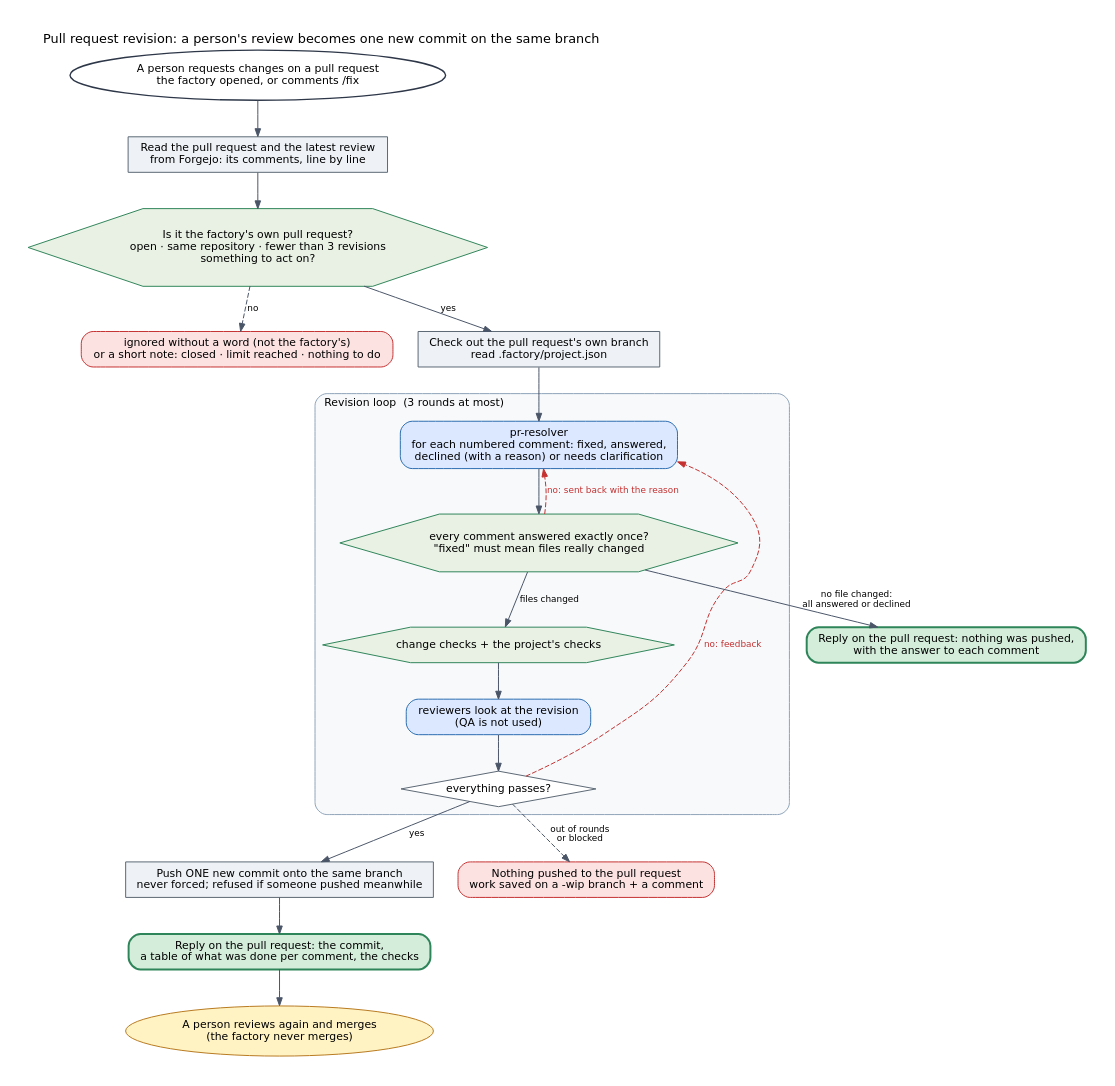
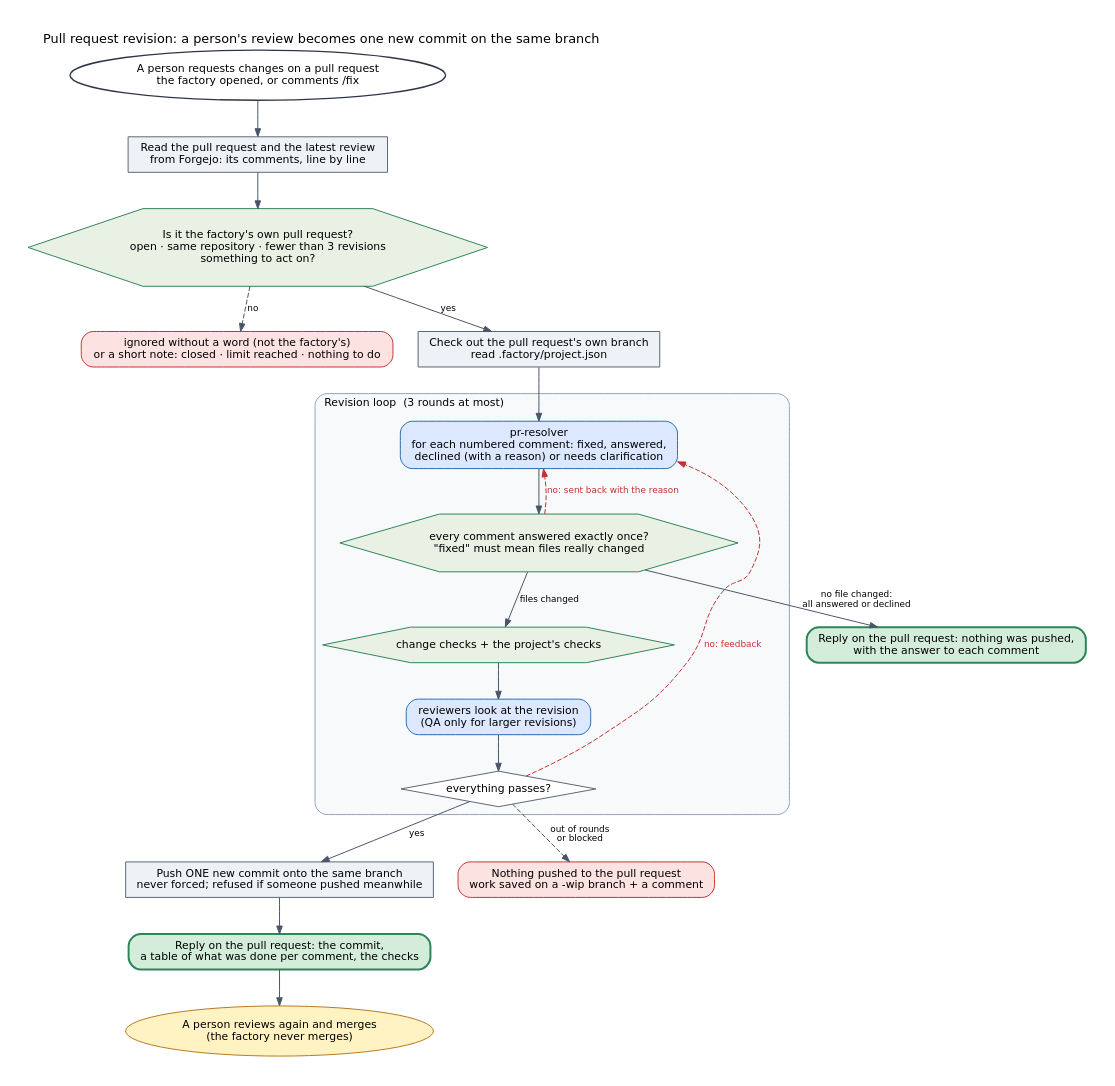
Before and after one commit to ai-sdlc-factory/ai-sdlc-factory: the diagram in docs/diagrams/pr-revision.dot, drawn with Graphviz. The commit also changed 22 other files, not shown here.

Commit message:
Improve pull request revisions: all waiting reviews, code context, queued follow-ups, rebase once, thread replies, re-requested reviews, QA on larger revisions

```diff
--- a/docs/diagrams/pr-revision.dot
+++ b/docs/diagrams/pr-revision.dot
@@ -1,39 +1,39 @@
 digraph pr_revision {
   graph [rankdir=TB, fontname="DejaVu Sans", fontsize=13, bgcolor=white, pad=0.3, nodesep=0.35, ranksep=0.5, labelloc=t, labeljust=l, compound=true];
   node  [fontname="DejaVu Sans", fontsize=11, shape=box, style="rounded,filled", margin="0.15,0.08", fillcolor="#eef2f6", color="#5b6773"];
   edge  [fontname="DejaVu Sans", fontsize=9, color="#4a5568", arrowsize=0.8];
   label="Pull request revision: a person's review becomes one new commit on the same branch";
 
   start  [label="A person requests changes on a pull request\nthe factory opened, or comments /fix", shape=oval, style="filled", fillcolor="#ffffff", color="#2d3748", penwidth=1.4];
   read   [label="Read the pull request and the latest review\nfrom Forgejo: its comments, line by line", shape=box, style="filled", fillcolor="#eef2f6", color="#5b6773"];
   rules  [label="Is it the factory's own pull request?\nopen · same repository · fewer than 3 revisions\nsomething to act on?", shape=hexagon, style="filled", fillcolor="#e8f1e4", color="#2f855a"];
   refuse [label="ignored without a word (not the factory's)\nor a short note: closed · limit reached · nothing to do", shape=box, style="rounded,filled", fillcolor="#fde2e2", color="#c53030"];
   intake [label="Check out the pull request's own branch\nread .factory/project.json", shape=box, style="filled", fillcolor="#eef2f6", color="#5b6773"];
 
   subgraph cluster_loop {
     label="Revision loop  (3 rounds at most)"; style="rounded,filled"; color="#8fa3b8"; fillcolor="#f7f9fb"; fontsize=11;
     resolver [label="pr-resolver\nfor each numbered comment: fixed, answered,\ndeclined (with a reason) or needs clarification", shape=box, style="rounded,filled", fillcolor="#dbe8ff", color="#2b6cb0"];
     answers  [label="every comment answered exactly once?\n\"fixed\" must mean files really changed", shape=hexagon, style="filled", fillcolor="#e8f1e4", color="#2f855a"];
     checks   [label="change checks + the project's checks", shape=hexagon, style="filled", fillcolor="#e8f1e4", color="#2f855a"];
-    reviewers[label="reviewers look at the revision\n(QA is not used)", shape=box, style="rounded,filled", fillcolor="#dbe8ff", color="#2b6cb0"];
+    reviewers[label="reviewers look at the revision\n(QA only for larger revisions)", shape=box, style="rounded,filled", fillcolor="#dbe8ff", color="#2b6cb0"];
     ok       [label="everything passes?", shape=diamond, style="filled", fillcolor="#ffffff", color="#5b6773", margin="0.05,0.05"];
   }
   replied [label="Reply on the pull request: nothing was pushed,\nwith the answer to each comment", shape=box, style="rounded,filled,bold", fillcolor="#d4edda", color="#2f855a"];
   push    [label="Push ONE new commit onto the same branch\nnever forced; refused if someone pushed meanwhile", shape=box, style="filled", fillcolor="#eef2f6", color="#5b6773"];
   reply   [label="Reply on the pull request: the commit,\na table of what was done per comment, the checks", shape=box, style="rounded,filled,bold", fillcolor="#d4edda", color="#2f855a"];
   again   [label="A person reviews again and merges\n(the factory never merges)", shape=ellipse, style="filled", fillcolor="#fff3c4", color="#b7791f"];
   wip     [label="Nothing pushed to the pull request\nwork saved on a -wip branch + a comment", shape=box, style="rounded,filled", fillcolor="#fde2e2", color="#c53030"];
 
   start -> read -> rules;
   rules -> refuse [label="no", style=dashed];
   rules -> intake [label="yes"];
   intake -> resolver -> answers;
   answers -> resolver [label="no: sent back with the reason", style=dashed, color="#c53030", fontcolor="#c53030", constraint=false];
   answers -> replied [label="no file changed:\nall answered or declined"];
   answers -> checks [label="files changed"];
   checks -> reviewers -> ok;
   ok -> push [label="yes"];
   ok -> resolver [label="no: feedback", style=dashed, color="#c53030", fontcolor="#c53030", constraint=false];
   ok -> wip [label="out of rounds\nor blocked", style=dashed];
   push -> reply -> again;
 }
```
